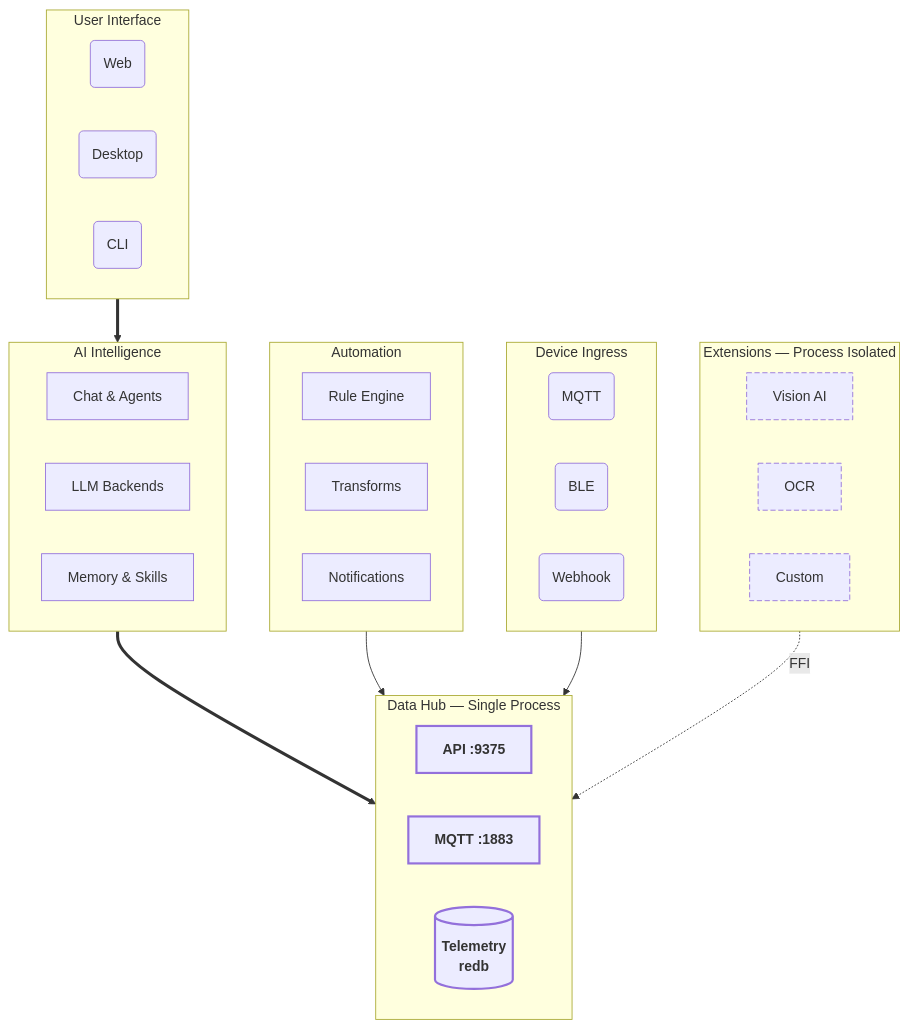
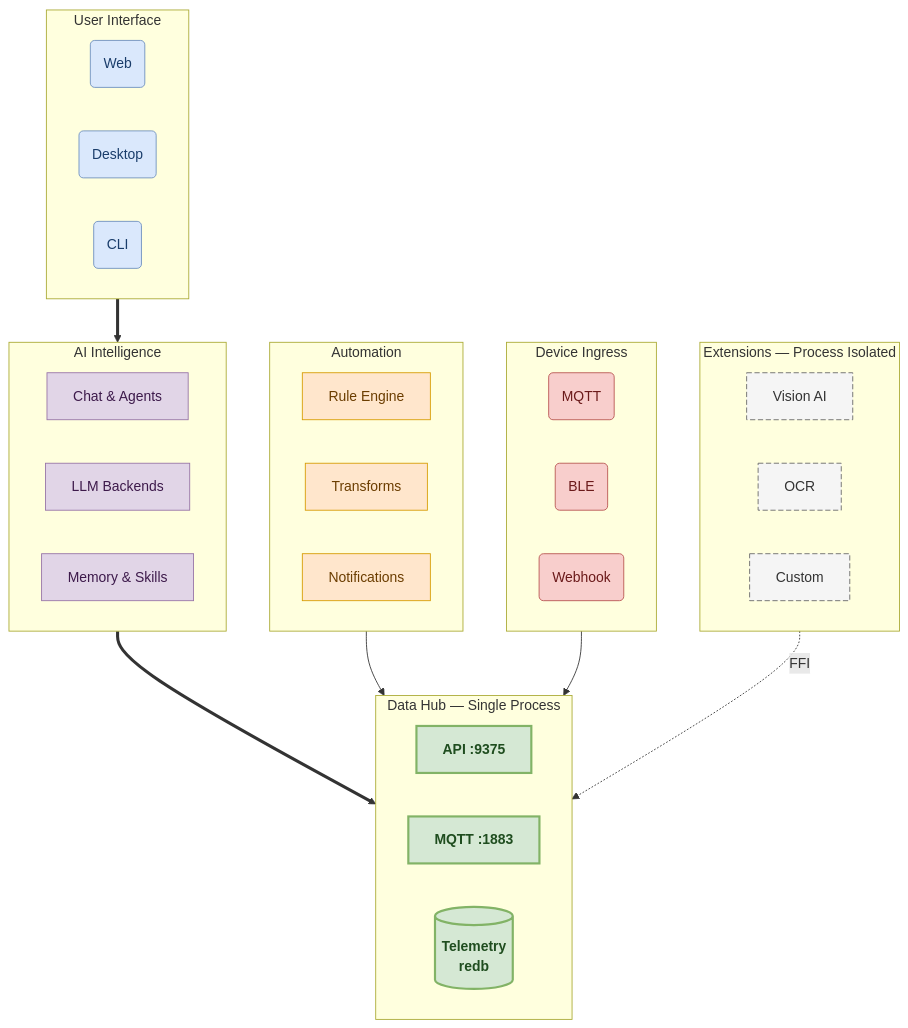
One commit to luommy/wiki-documents changed the diagram in docs/0-neomind/product-overview/1-what-is-neomind.md. Above: the diagram before and after it, drawn with Mermaid. The commit also changed 1 other file, not shown here.

Commit message:
feat(docs): add per-layer colors to NeoMind architecture diagram
Add classDef-based fill/stroke colors to differentiate each architecture
layer: blue (UI), purple (AI), orange (Automation), green (Core),
pink (Device), gray dashed (Extensions). Applied to both ZH and EN.

````diff
--- a/docs/0-neomind/product-overview/1-what-is-neomind.md
+++ b/docs/0-neomind/product-overview/1-what-is-neomind.md
@@ -33,55 +33,64 @@
 ```mermaid
 flowchart TB
     subgraph UI["User Interface"]
         direction LR
         WEB("Web")
         DESKTOP("Desktop")
         CLI("CLI")
     end
 
     subgraph AI["AI Intelligence"]
         direction LR
         CHAT["Chat & Agents"]
         LLM["LLM Backends"]
         SKILLS["Memory & Skills"]
     end
 
     subgraph AUTO["Automation"]
         direction LR
         RULE["Rule Engine"]
         TRANSFORM["Transforms"]
         NOTIFY["Notifications"]
     end
 
     subgraph CORE["Data Hub — Single Process"]
         direction LR
         API["API :9375"]
         MQTT["MQTT :1883"]
         STORE[("Telemetry<br/>redb")]
     end
 
     subgraph DEV["Device Ingress"]
         direction LR
         MQDEV("MQTT")
         BLEDEV("BLE")
         HOOK("Webhook")
     end
 
     subgraph EXT["Extensions — Process Isolated"]
         direction LR
         VISION["Vision AI"]
         OCR["OCR"]
         CUSTOM["Custom"]
     end
 
     UI ==> AI
     AI ==> CORE
     AUTO --> CORE
     DEV --> MQTT
     EXT -.FFI.-> API
 
-    classDef coreNode stroke-width:2.5px,font-weight:bold
-    classDef extNode stroke-dasharray:6 3
+    classDef uiNode fill:#dae8fc,stroke:#6c8ebf,color:#1a3d6b
+    classDef aiNode fill:#e1d5e7,stroke:#9673a6,color:#3d1a4b
+    classDef autoNode fill:#ffe6cc,stroke:#d79b00,color:#6b3d00
+    classDef coreNode fill:#d5e8d4,stroke:#82b366,stroke-width:2.5px,font-weight:bold,color:#1f4d1f
+    classDef devNode fill:#f8cecc,stroke:#b85450,color:#6b1a1a
+    classDef extNode fill:#f5f5f5,stroke:#666,stroke-dasharray:6 3,color:#333
+
+    class WEB,DESKTOP,CLI uiNode
+    class CHAT,LLM,SKILLS aiNode
+    class RULE,TRANSFORM,NOTIFY autoNode
     class API,MQTT,STORE coreNode
+    class MQDEV,BLEDEV,HOOK devNode
     class VISION,OCR,CUSTOM extNode
 ```
````
